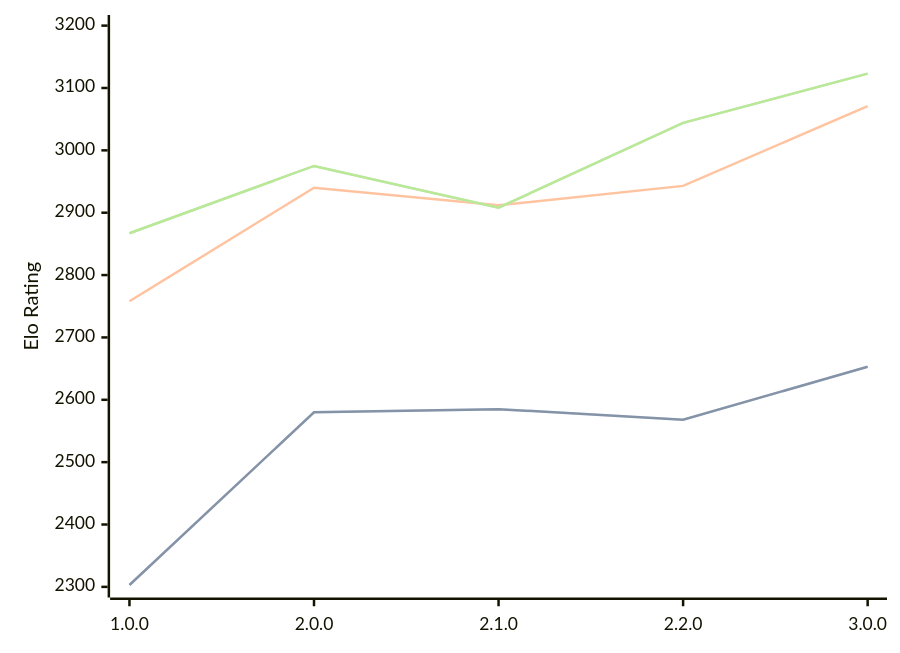
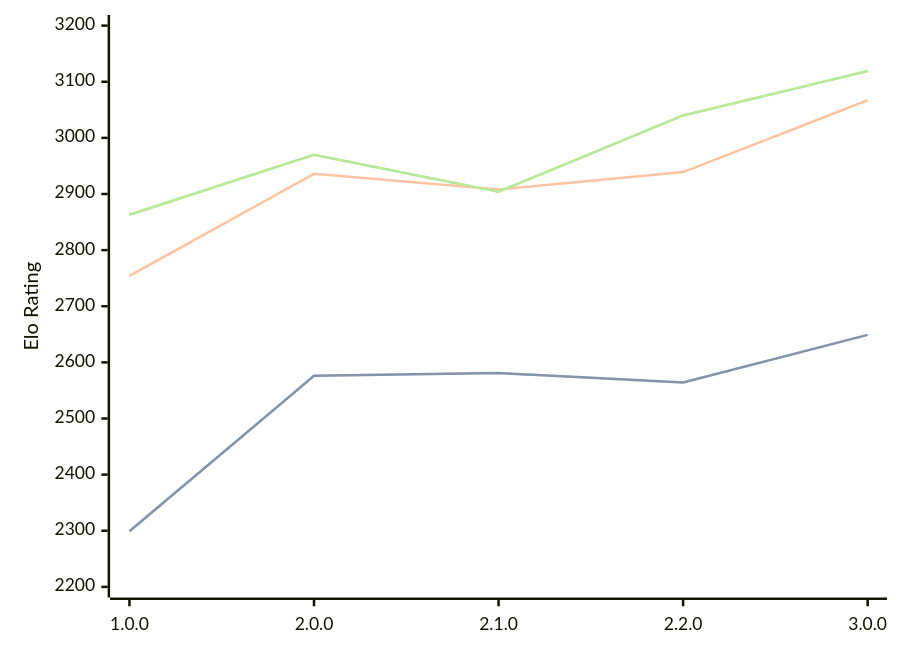
The third of 3 diagrams in engines/Catalyst.md (computer-chess-index/cci), drawn with Mermaid before and after one commit. The commit also changed other lines of this file, not shown here.

Commit message:
Update CCI Ratings (ELO VLTC) - 2026-07-16

````diff
--- a/engines/Catalyst.md
+++ b/engines/Catalyst.md
@@ -69,11 +69,11 @@
 ```mermaid
 %%{init: {"theme":"base","themeVariables":{"seriesColors:['#a3a3a3','#222221','#faa371']}}}%%
 xychart-beta
   x-axis ["1.0.0", "2.0.0", "2.1.0", "2.2.0", "3.0.0"]
-  y-axis "Elo Rating" 2300 --> 3200
-  line "STC (8.0+0.08s)" [2303, 2580, 2585, 2568, 2653]
-  line "STC (8.0+0.08s)" [2303, 2580, 2585, 2568, 2653]
-  line "LTC (60.0+0.60s)" [2758, 2940, 2912, 2943, 3071]
-  line "VLTC (2m24s+1.12s)" [2867, 2975, 2908, 3044, 3123]
-  line "VLTC (2m24s+1.12s)" [2867, 2975, 2908, 3044, 3123]
+  y-axis "Elo Rating" 2200 --> 3200
+  line "STC (8.0+0.08s)" [2299, 2576, 2581, 2564, 2649]
+  line "STC (8.0+0.08s)" [2299, 2576, 2581, 2564, 2649]
+  line "LTC (60.0+0.60s)" [2754, 2936, 2908, 2939, 3067]
+  line "VLTC (2m24s+1.12s)" [2863, 2970, 2904, 3040, 3119]
+  line "VLTC (2m24s+1.12s)" [2863, 2970, 2904, 3040, 3119]
 ```
````
